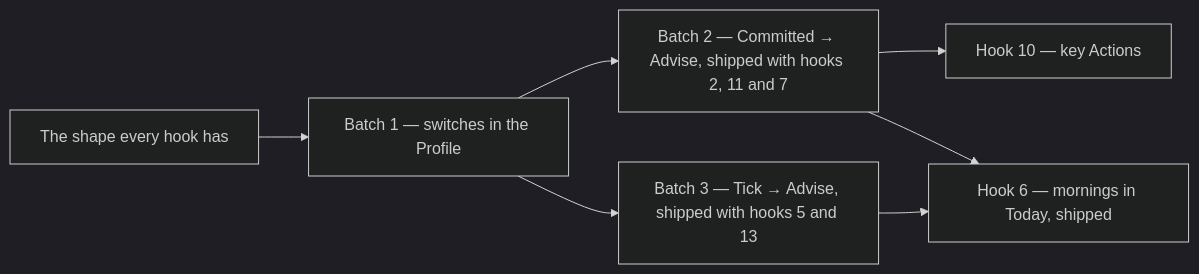
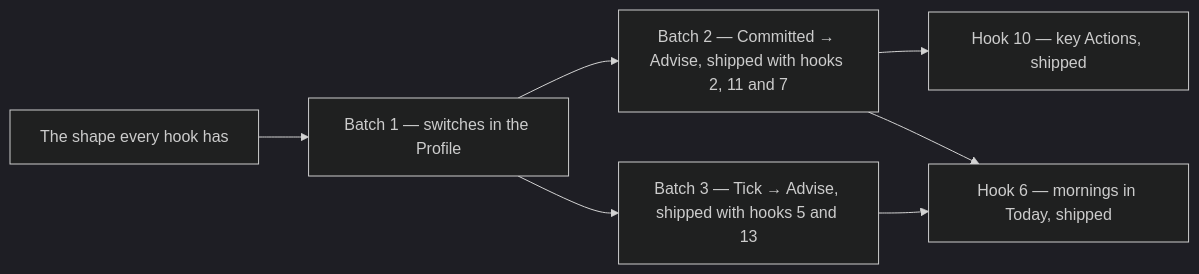
The diagram in docs/PLAN_FEATURES.md (myvaheed/tg-ai-safwa), drawn with Mermaid (dark theme) before and after one commit. The commit also changed other lines of this file and 22 other files, not shown here.

Commit message:
v9.68 a hook may run work of its own on a commit; the Actions a Sprint's Success criterion rests on are marked in the background, a Sprint left with none is warned about, and Today is ordered by what the day cannot move

````diff
--- a/docs/PLAN_FEATURES.md
+++ b/docs/PLAN_FEATURES.md
@@ -199,10 +203,10 @@
 ```mermaid
 flowchart LR
-  h10["Hook 10 — key Actions"]
+  h10["Hook 10 — key Actions, shipped"]
   shape["The shape every hook has"] --> profile["Batch 1 — switches in the Profile"]
   profile --> committed["Batch 2 — Committed → Advise, shipped with hooks 2, 11 and 7"]
   profile --> tick["Batch 3 — Tick → Advise, shipped with hooks 5 and 13"]
   committed --> h10
   tick --> h6["Hook 6 — mornings in Today, shipped"]
   committed --> h6
 ```
````
